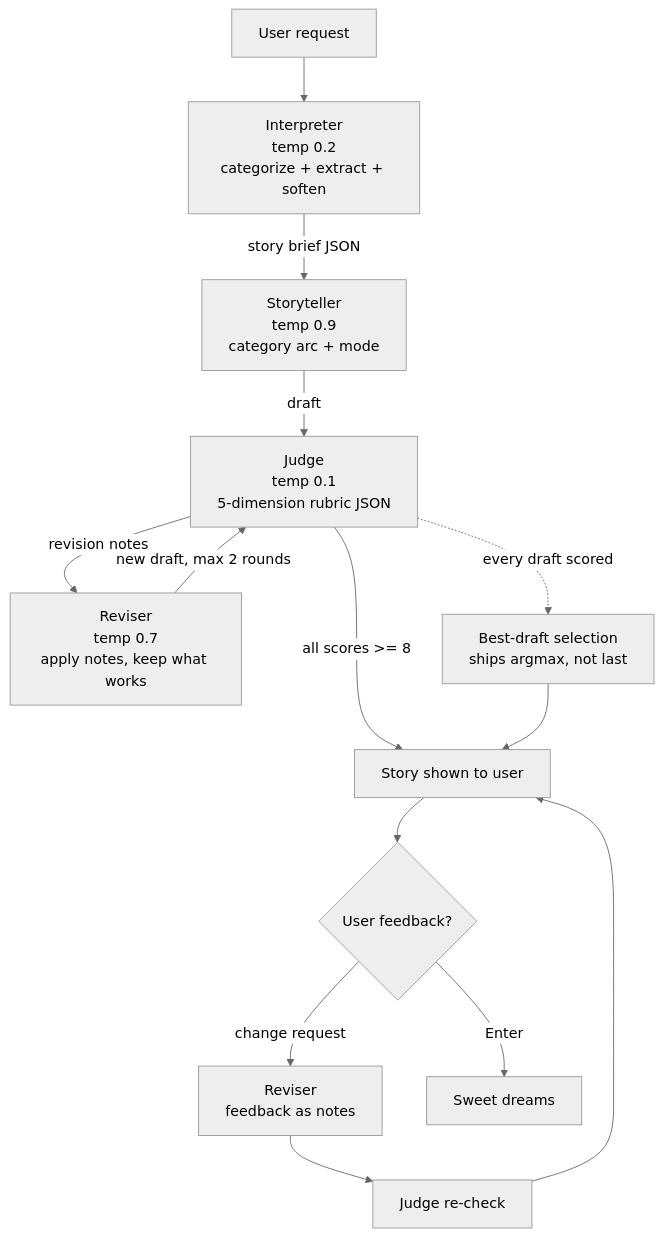
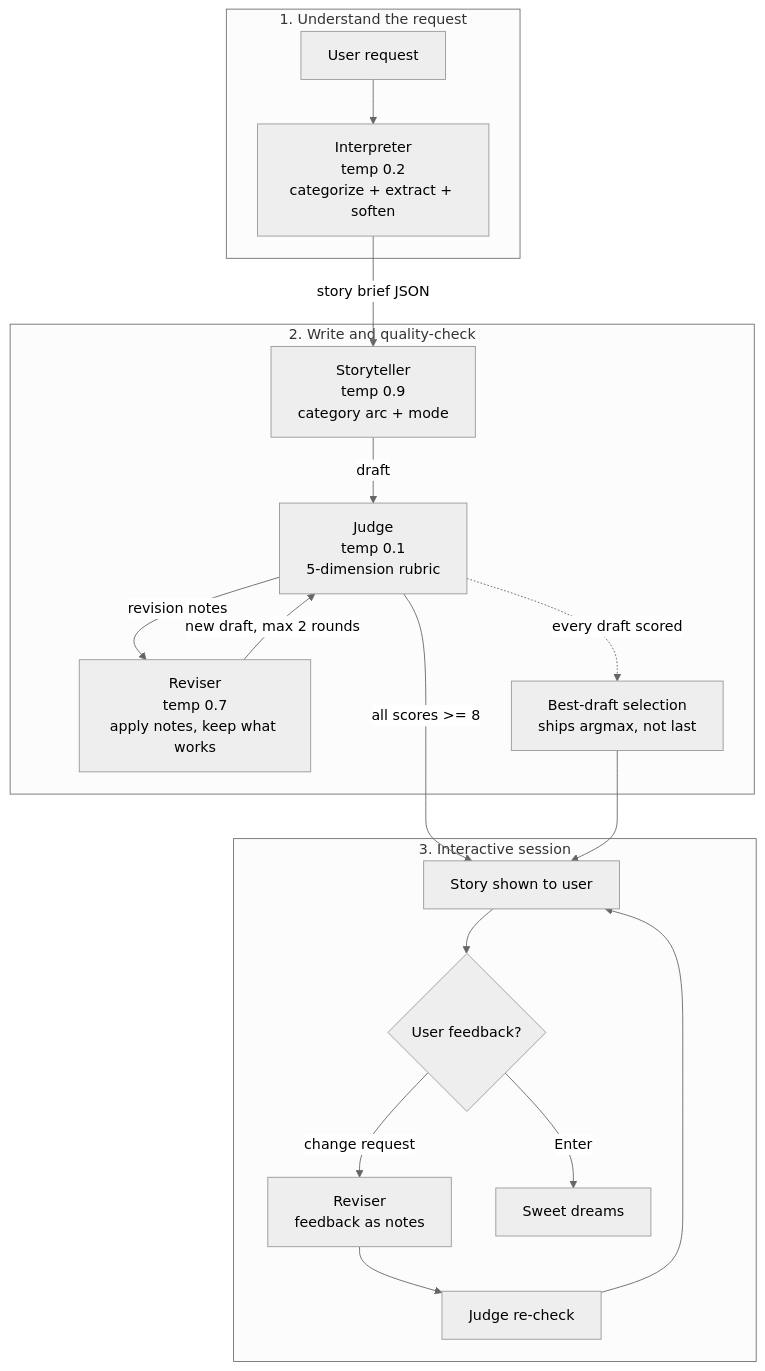
One commit to A28-2001/bedtime-story-agent changed the diagram in README.md. Above: the diagram before and after it, drawn with Mermaid (neutral theme).

Commit message:
Group architecture diagram into three named stages for readability

````diff
--- a/README.md
+++ b/README.md
@@ -25,14 +25,20 @@
 ```mermaid
 flowchart TD
-    U[User request] --> I[Interpreter\ntemp 0.2\ncategorize + extract + soften]
-    I -->|story brief JSON| S[Storyteller\ntemp 0.9\ncategory arc + mode]
-    S -->|draft| J[Judge\ntemp 0.1\n5-dimension rubric JSON]
-    J -->|all scores >= 8| OUT[Story shown to user]
-    J -->|revision notes| R[Reviser\ntemp 0.7\napply notes, keep what works]
-    R -->|new draft, max 2 rounds| J
-    J -.->|every draft scored| B[Best-draft selection\nships argmax, not last]
+    subgraph STAGE1[1. Understand the request]
+        U[User request] --> I[Interpreter\ntemp 0.2\ncategorize + extract + soften]
+    end
+    subgraph STAGE2[2. Write and quality-check]
+        S[Storyteller\ntemp 0.9\ncategory arc + mode] -->|draft| J[Judge\ntemp 0.1\n5-dimension rubric]
+        J -->|revision notes| R[Reviser\ntemp 0.7\napply notes, keep what works]
+        R -->|new draft, max 2 rounds| J
+        J -.->|every draft scored| B[Best-draft selection\nships argmax, not last]
+    end
+    subgraph STAGE3[3. Interactive session]
+        OUT[Story shown to user] --> F{User feedback?}
+        F -->|change request| R2[Reviser\nfeedback as notes] --> J2[Judge re-check] --> OUT
+        F -->|Enter| END[Sweet dreams]
+    end
+    I -->|story brief JSON| S
+    J -->|all scores >= 8| OUT
     B --> OUT
-    OUT --> F{User feedback?}
-    F -->|"change request"| R2[Reviser\nfeedback as notes] --> J2[Judge re-check] --> OUT
-    F -->|Enter| END[Sweet dreams]
 ```
````
